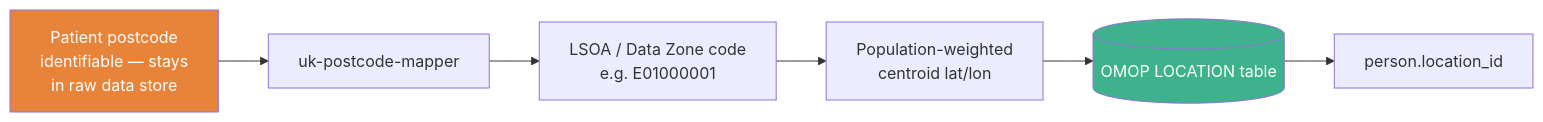
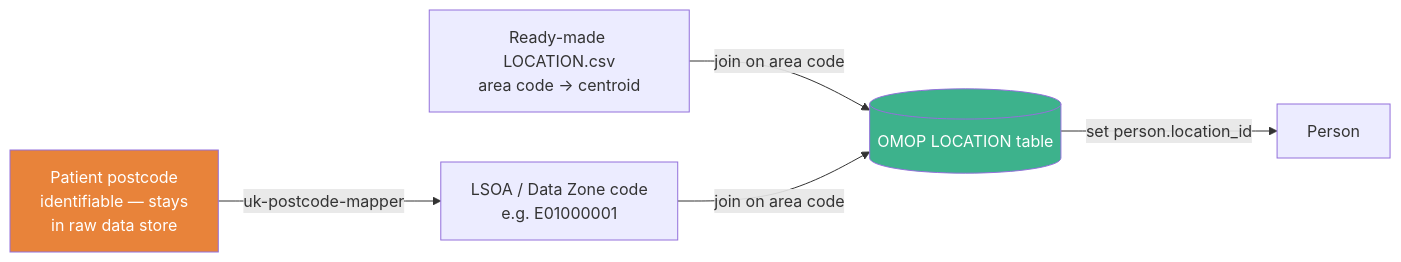
Before and after one commit to HDRUK/cohort-discovery-service-docs: the first of 2 diagrams in docs/omop/location.md, drawn with Mermaid. The commit also changed other lines of this file, not shown here.

````diff
--- a/docs/omop/location.md
+++ b/docs/omop/location.md
@@ -62,11 +85,10 @@
 ```mermaid
 graph LR
-    A[Patient postcode<br/>identifiable — stays<br/>in raw data store] --> B[uk-postcode-mapper]
-    B --> C[LSOA / Data Zone code<br/>e.g. E01000001]
-    C --> D[Population-weighted<br/>centroid lat/lon]
-    D --> E[(OMOP LOCATION table)]
-    E --> F[person.location_id]
+    A[Patient postcode<br/>identifiable — stays<br/>in raw data store] -->|uk-postcode-mapper| C[LSOA / Data Zone code<br/>e.g. E01000001]
+    R[Ready-made LOCATION.csv<br/>area code → centroid] -->|join on area code| E[(OMOP LOCATION table)]
+    C -->|join on area code| E
+    E -->|set person.location_id| F[Person]
 
     style A fill:#e8833a,color:#fff
     style E fill:#3db28c,color:#fff
 ```
````
